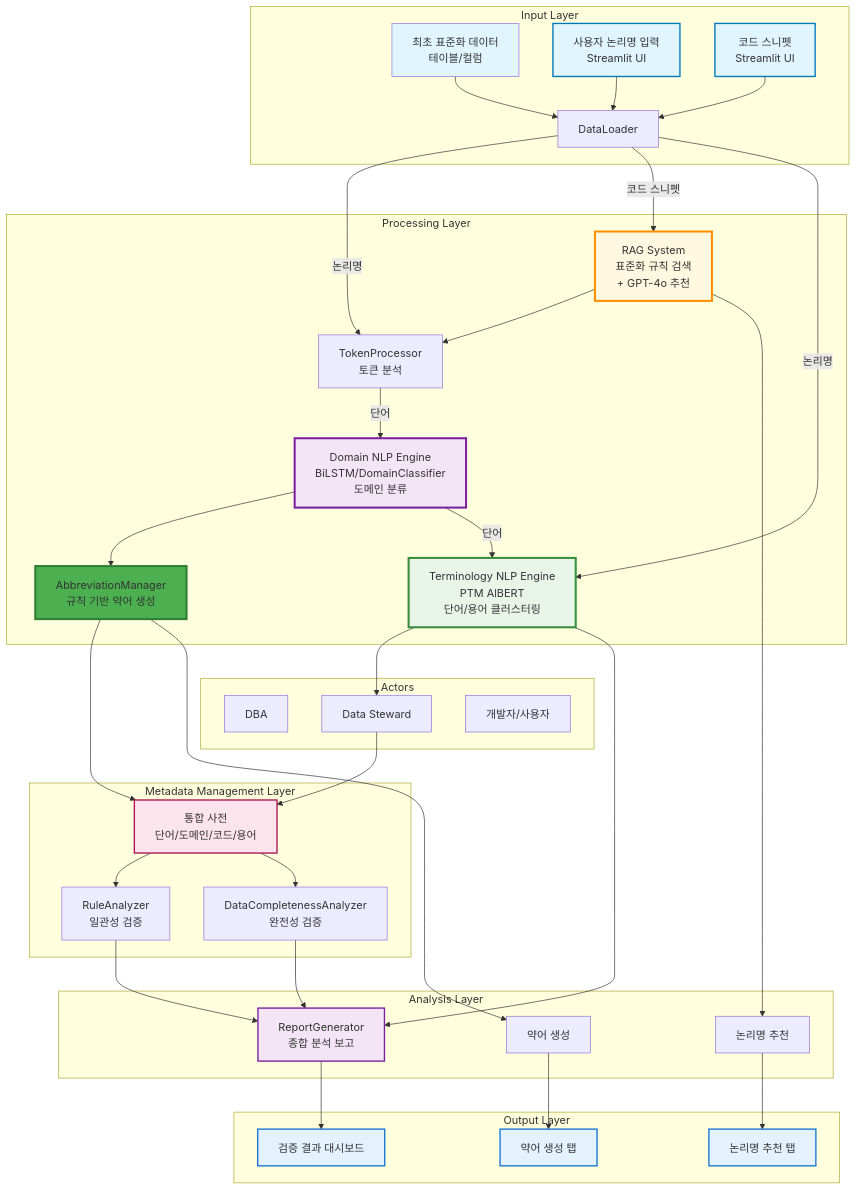
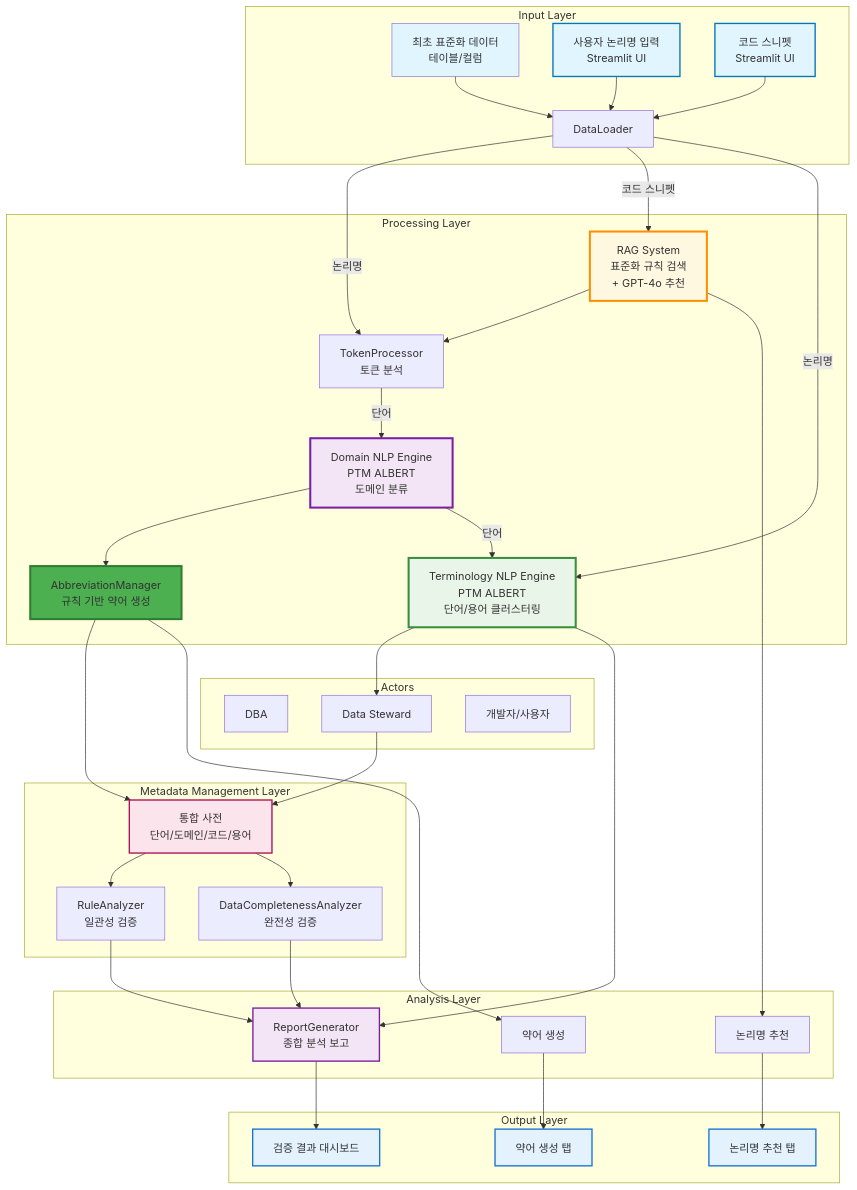
One commit to kmink3225/website changed the first of 33 diagrams in docs/portfolio/flowchart.qmd. Above: the diagram before and after it, drawn with Mermaid. The commit also changed 2 other files, not shown here.

Commit message:
portfolio 작성

````diff
--- a/docs/portfolio/flowchart.qmd
+++ b/docs/portfolio/flowchart.qmd
@@ -4,68 +4,68 @@
 ```{mermaid}
 graph TB
     subgraph "Input Layer"
         A[최초 표준화 데이터<br/>테이블/컬럼] --> B[DataLoader]
         A1[사용자 논리명 입력<br/>Streamlit UI] --> B
         A2[코드 스니펫<br/>Streamlit UI] --> B
     end
     
     subgraph "Processing Layer"
         B -->|논리명| C[TokenProcessor<br/>토큰 분석]
-        C --> |단어|D[Domain NLP Engine<br/>BiLSTM/DomainClassifier<br/>도메인 분류]
+        C --> |단어|D[Domain NLP Engine<br/>PTM ALBERT<br/>도메인 분류]
         D --> E[AbbreviationManager<br/>규칙 기반 약어 생성]
         
         RAG[RAG System<br/>표준화 규칙 검색<br/>+ GPT-4o 추천]
-        NLP[Terminology NLP Engine<br/>PTM AlBERT<br/> 단어/용어 클러스터링]
+        NLP[Terminology NLP Engine<br/>PTM ALBERT<br/> 단어/용어 클러스터링]
         
         RAG --> C
         D -->|단어| NLP
     end
 
     B --> |코드 스니펫| RAG
     B --> |논리명| NLP
 
     subgraph "Actors"
         DBA[DBA]
         DS[Data Steward]
         SD[개발자/사용자]
     end
 
     NLP --> DS
     DS --> MD
 
     subgraph "Metadata Management Layer"
         MD[통합 사전<br/>단어/도메인/코드/용어]
         E --> MD
         MD --> F[RuleAnalyzer<br/>일관성 검증]
         MD --> H[DataCompletenessAnalyzer<br/>완전성 검증]
     end
     
     subgraph "Analysis Layer"
         F --> G[ReportGenerator<br/>종합 분석 보고]
         H --> G
         NLP --> G
         RAG --> REC[논리명 추천]
         E --> ABR[약어 생성]
     end
     
     subgraph "Output Layer"
         G --> UI1[검증 결과 대시보드]
         REC --> UI2[논리명 추천 탭]
         ABR --> UI3[약어 생성 탭]
     end
     
     %% 스타일링
     style A fill:#e1f5fe
     style A1 fill:#e1f5fe,stroke:#0277bd,stroke-width:2px
     style A2 fill:#e1f5fe,stroke:#0277bd,stroke-width:2px
     style RAG fill:#fff8e1,stroke:#ff8f00,stroke-width:3px
     style NLP fill:#e8f5e8,stroke:#388e3c,stroke-width:3px
     style D fill:#f3e5f5,stroke:#7b1fa2,stroke-width:3px
     style E fill:#4caf50,stroke:#2e7d32,stroke-width:3px
     style MD fill:#fce4ec,stroke:#ad1457,stroke-width:2px
     style G fill:#f3e5f5,stroke:#7b1fa2,stroke-width:2px
     style UI1 fill:#e3f2fd,stroke:#1976d2,stroke-width:2px
     style UI2 fill:#e3f2fd,stroke:#1976d2,stroke-width:2px
     style UI3 fill:#e3f2fd,stroke:#1976d2,stroke-width:2px
 
 ```
````
